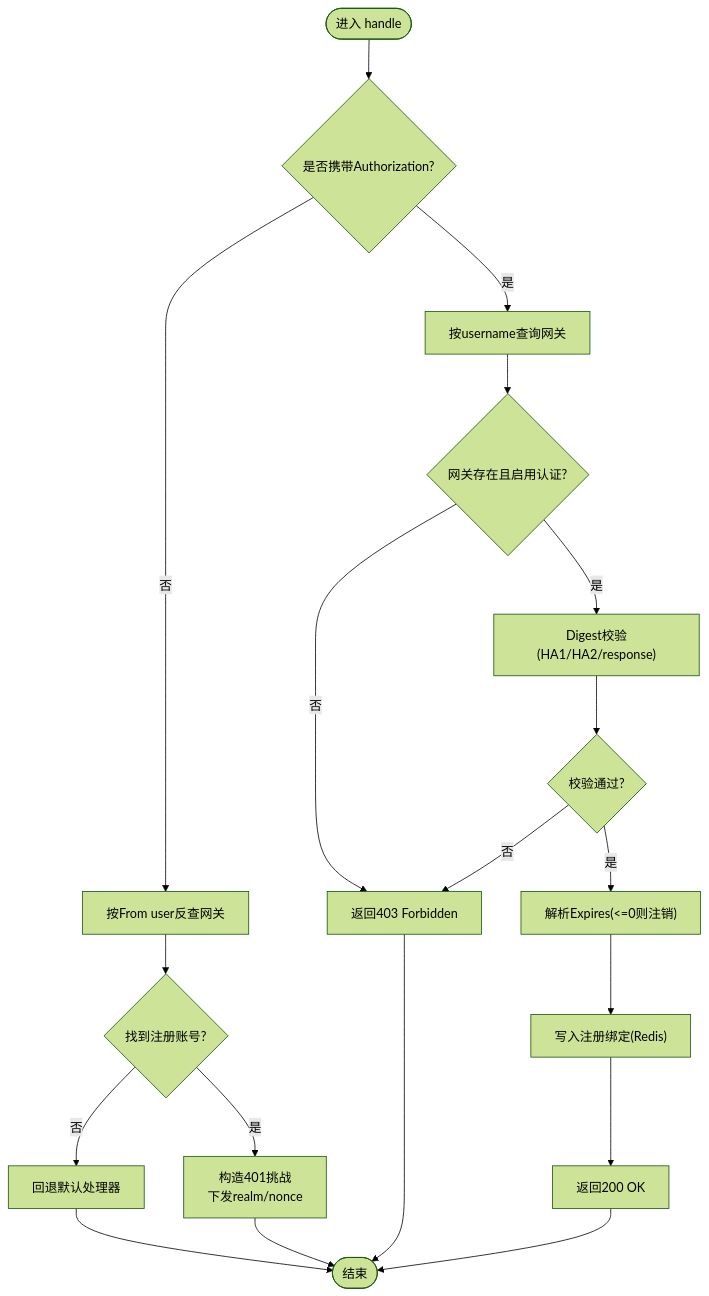
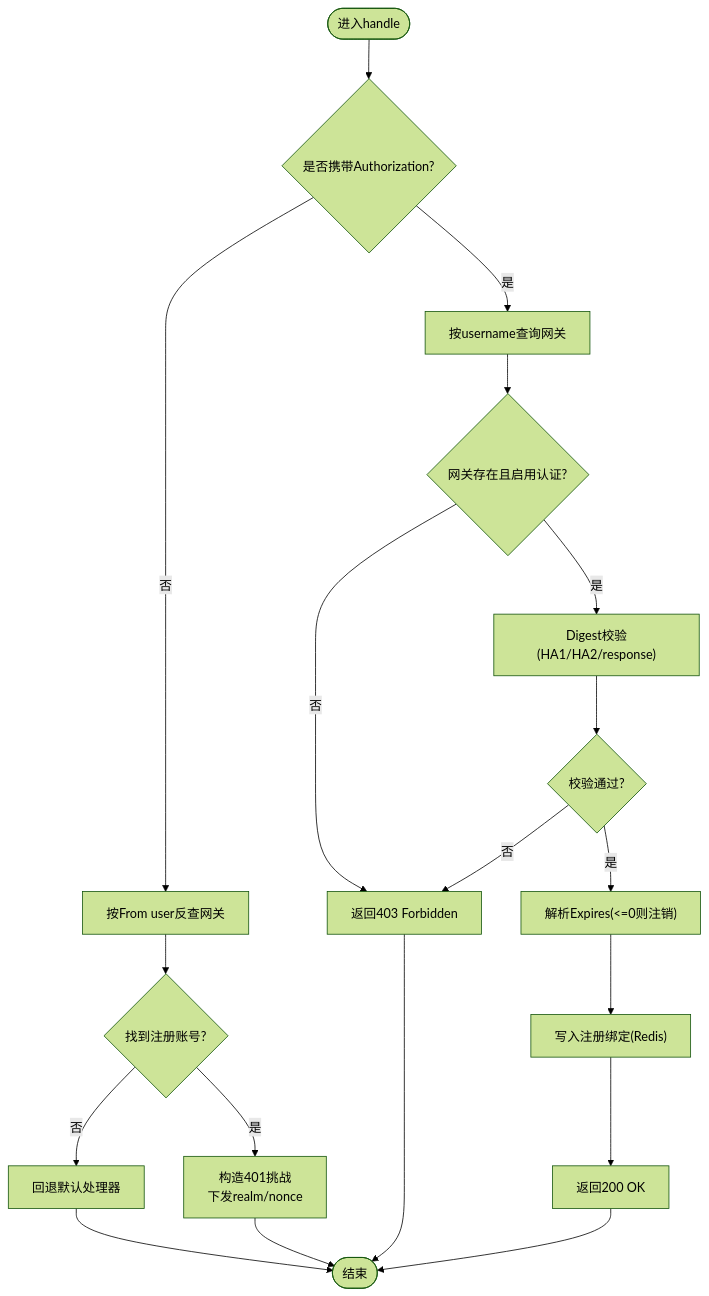
One commit to D2Moqi/open-ipcc changed the third of 7 diagrams in .qoder/repowiki/zh/content/架构设计/SIP代理架构/4G网关注册模式实现方案.md. Above: the diagram before and after it, drawn with Mermaid (forest theme). The commit also changed other lines of this file and 15 other files, not shown here.

````diff
--- a/.qoder/repowiki/zh/content/架构设计/SIP代理架构/4G网关注册模式实现方案.md
+++ b/.qoder/repowiki/zh/content/架构设计/SIP代理架构/4G网关注册模式实现方案.md
@@ -157,21 +126,21 @@
 ```mermaid
 flowchart TD
-Start(["进入 handle"]) --> CheckAuth{"是否携带Authorization?"}
+Start(["进入handle"]) --> CheckAuth{"是否携带Authorization?"}
 CheckAuth -- "否" --> Probe["按From user反查网关"]
 Probe --> Found{"找到注册账号?"}
 Found -- "否" --> Fallback["回退默认处理器"]
 Found -- "是" --> Send401["构造401挑战<br/>下发realm/nonce"]
 CheckAuth -- "是" --> Lookup["按username查询网关"]
 Lookup --> Valid{"网关存在且启用认证?"}
 Valid -- "否" --> Send403["返回403 Forbidden"]
 Valid -- "是" --> Verify["Digest校验(HA1/HA2/response)"]
 Verify --> Ok{"校验通过?"}
 Ok -- "否" --> Send403
 Ok -- "是" --> Exp["解析Expires(<=0则注销)"]
 Exp --> Bind["写入注册绑定(Redis)"]
 Bind --> Send200["返回200 OK"]
 Send401 --> End(["结束"])
 Send403 --> End
 Send200 --> End
 Fallback --> End
 ```
````
